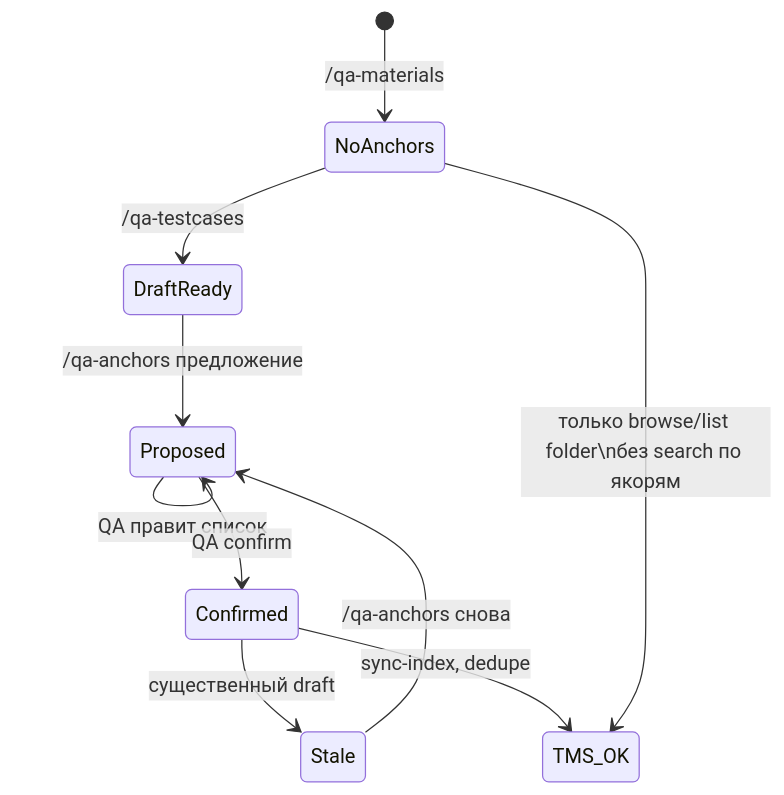
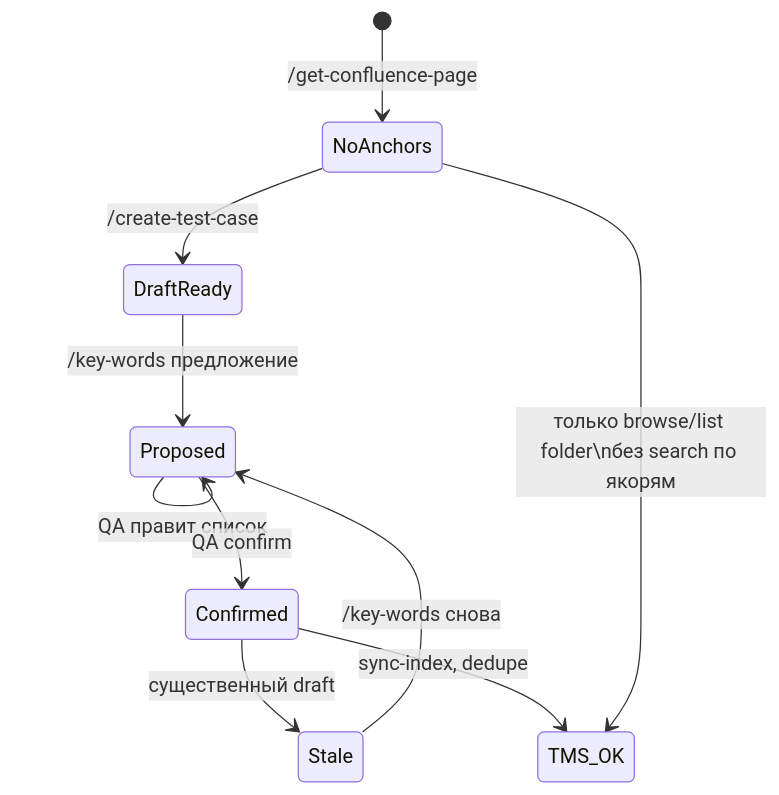
One commit to jansonnr/tgs_qa_plugin changed the third of 9 diagrams in docs/REQUIREMENTS.md. Above: the diagram before and after it, drawn with Mermaid. The commit also changed other lines of this file and 37 other files, not shown here.

````diff
--- a/docs/REQUIREMENTS.md
+++ b/docs/REQUIREMENTS.md
@@ -118,12 +118,12 @@
 ```mermaid
 stateDiagram-v2
-  [*] --> NoAnchors: /qa-materials
-  NoAnchors --> DraftReady: /qa-testcases
-  DraftReady --> Proposed: /qa-anchors предложение
+  [*] --> NoAnchors: /get-confluence-page
+  NoAnchors --> DraftReady: /create-test-case
+  DraftReady --> Proposed: /key-words предложение
   Proposed --> Proposed: QA правит список
   Proposed --> Confirmed: QA confirm
   Confirmed --> Stale: существенный draft
-  Stale --> Proposed: /qa-anchors снова
+  Stale --> Proposed: /key-words снова
   Confirmed --> TMS_OK: sync-index, dedupe
   NoAnchors --> TMS_OK: только browse/list folder\nбез search по якорям
 ```
````
